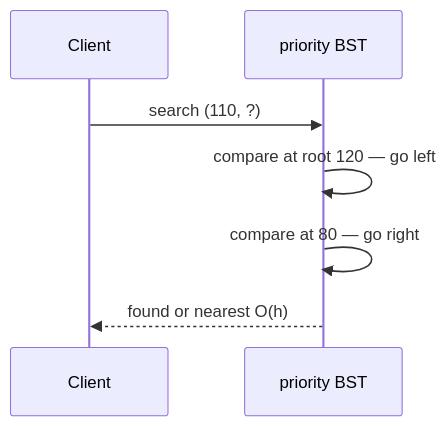
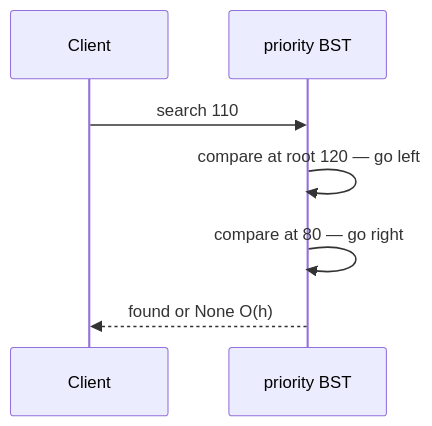
One commit to qgjones9/python-programming-guide changed the first of 5 diagrams in docs/dsa/data-structures/binary-search-tree/index.md. Above: the diagram before and after it, drawn with Mermaid. The commit also changed other lines of this file and 2 other files, not shown here.

````diff
--- a/docs/dsa/data-structures/binary-search-tree/index.md
+++ b/docs/dsa/data-structures/binary-search-tree/index.md
@@ -65,9 +32,9 @@
 ```mermaid
 sequenceDiagram
- participant Client
- participant BST as priority BST
- Client->>BST: search (110, ?)
- BST->>BST: compare at root 120 — go left
- BST->>BST: compare at 80 — go right
- BST-->>Client: found or nearest O(h)
+  participant Client
+  participant BST as priority BST
+  Client->>BST: search 110
+  BST->>BST: compare at root 120 — go left
+  BST->>BST: compare at 80 — go right
+  BST-->>Client: found or None O(h)
 ```
````
